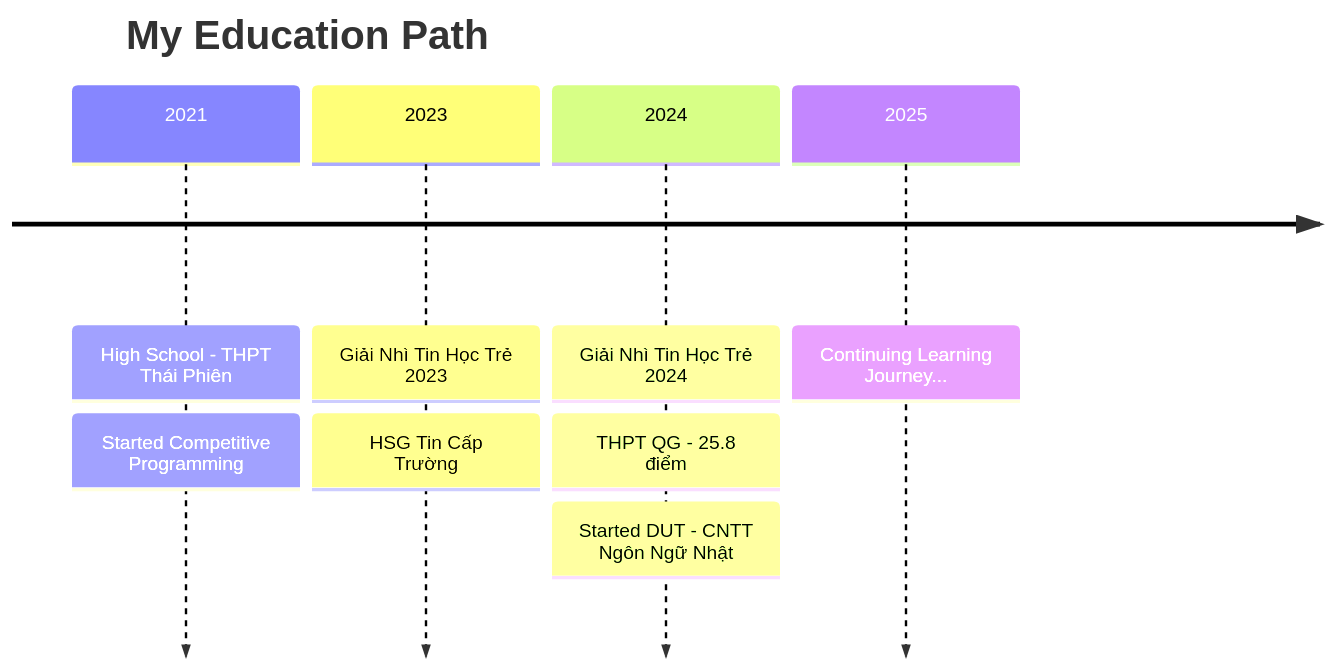
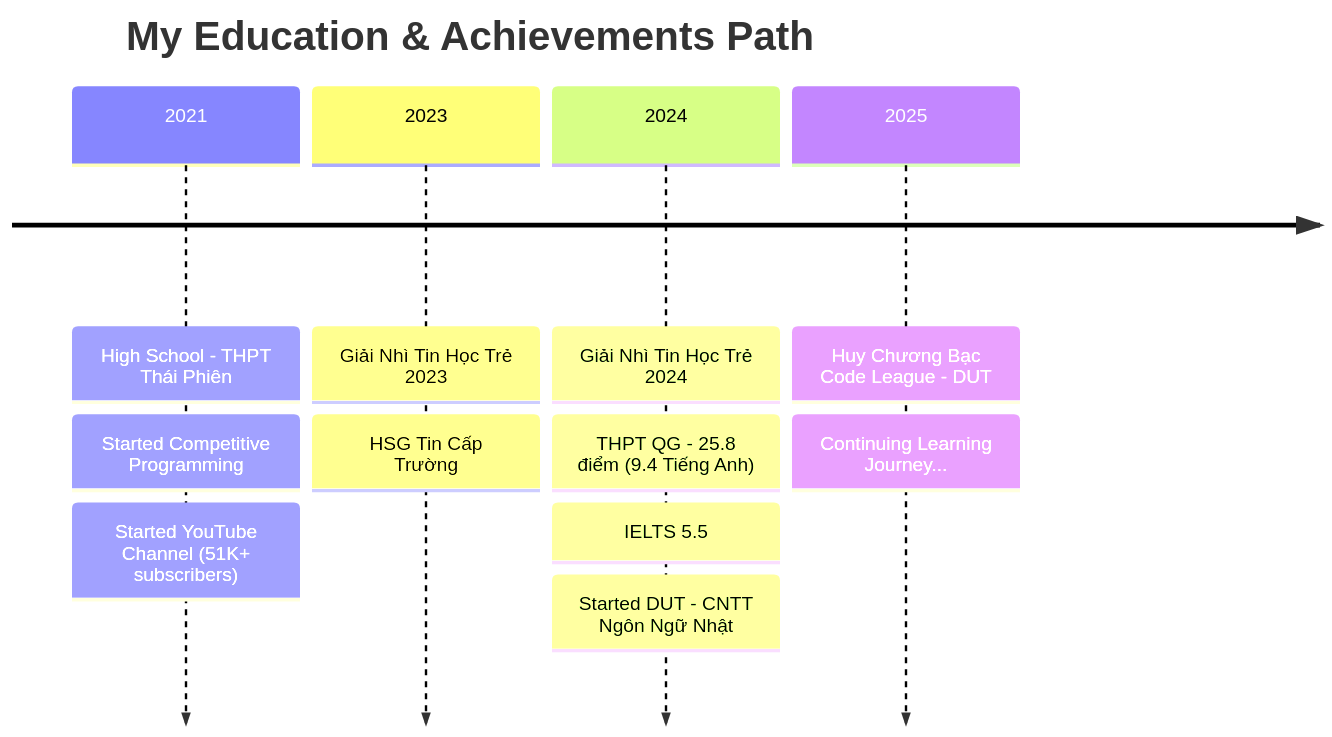
Before and after one commit to QuangNew/QuangNew: the diagram in README.md, drawn with Mermaid. The commit also changed other lines of this file, not shown here.

````diff
--- a/README.md
+++ b/README.md
@@ -129,12 +131,15 @@
 ```mermaid
 timeline
-    title My Education Path
+    title My Education & Achievements Path
     2021 : High School - THPT Thái Phiên
          : Started Competitive Programming
+         : Started YouTube Channel (51K+ subscribers)
     2023 : Giải Nhì Tin Học Trẻ 2023
          : HSG Tin Cấp Trường
     2024 : Giải Nhì Tin Học Trẻ 2024
-         : THPT QG - 25.8 điểm
+         : THPT QG - 25.8 điểm (9.4 Tiếng Anh)
+         : IELTS 5.5
          : Started DUT - CNTT Ngôn Ngữ Nhật
-    2025 : Continuing Learning Journey...
+    2025 : Huy Chương Bạc Code League - DUT
+         : Continuing Learning Journey...
 ```
````
